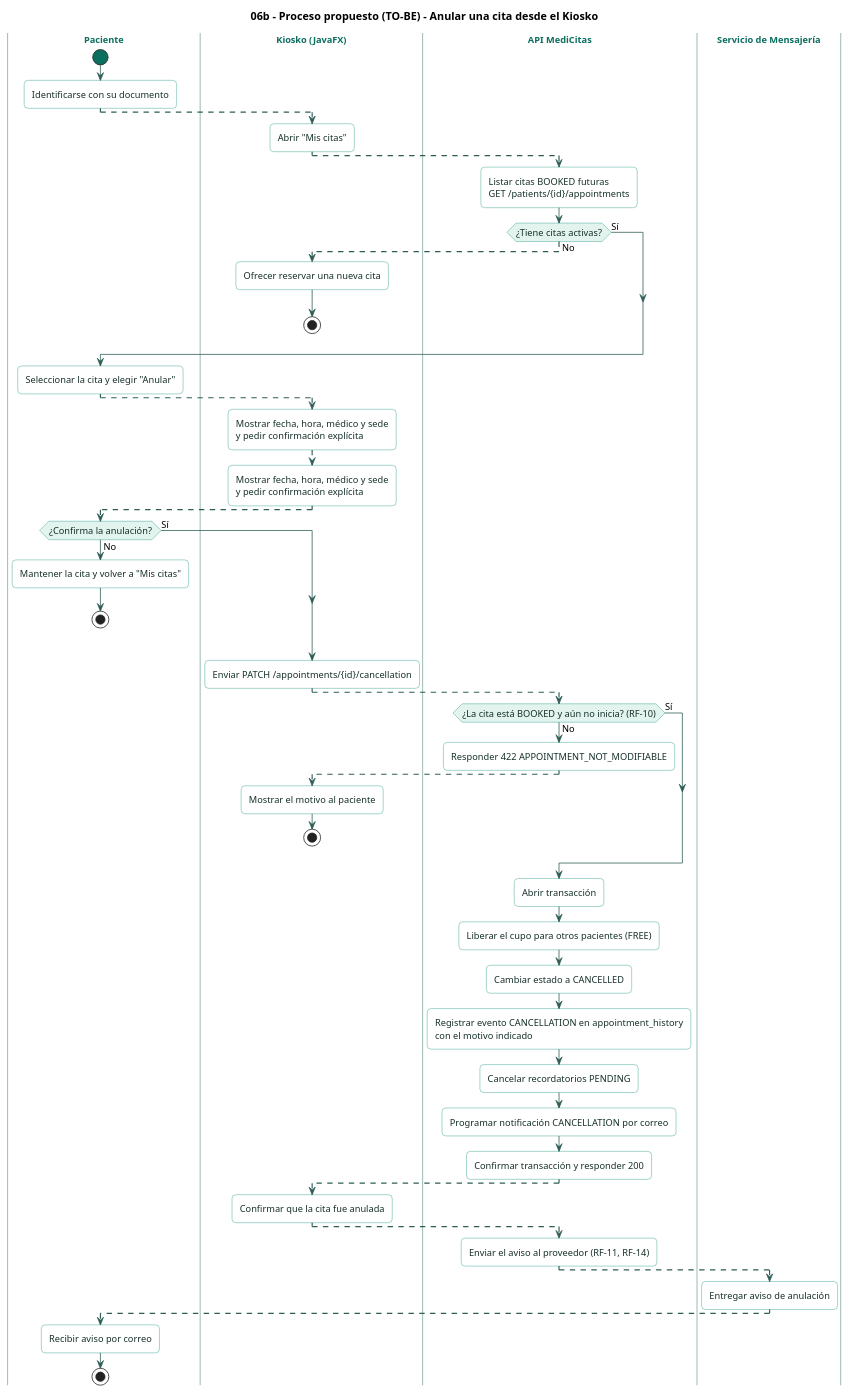
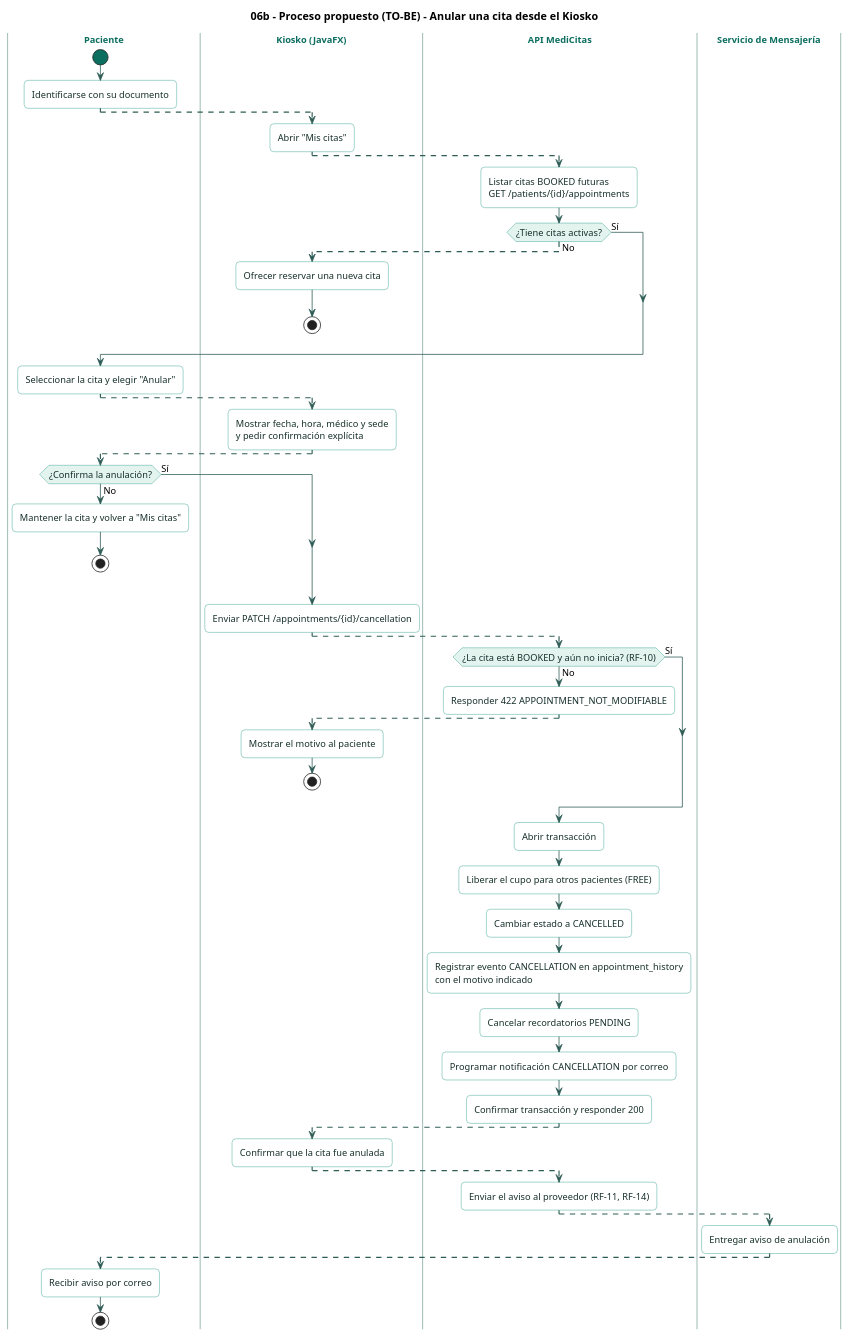
The diagram in docs/diagrams/06-process-cancellation.puml (Jimena-CC/ProyectoCitasMedicas), drawn with PlantUML before and after one commit. The commit also changed 269 other files, not shown here.

```diff
--- a/docs/diagrams/06-process-cancellation.puml
+++ b/docs/diagrams/06-process-cancellation.puml
@@ -1,122 +1,111 @@
 @startuml
 title 06b - Proceso propuesto (TO-BE) - Anular una cita desde el Kiosko
 
 skinparam shadowing false
 skinparam roundCorner 10
 skinparam defaultFontName "Helvetica"
 skinparam defaultFontSize 12
 skinparam ArrowColor #2F5D56
 skinparam SwimlaneBorderColor #A9C4BD
 skinparam SwimlaneTitleFontColor #0C6E5F
 skinparam SwimlaneTitleFontStyle bold
 skinparam activity {
   BackgroundColor #FFFFFF
   BorderColor #13917D
   FontColor #17302B
   DiamondBackgroundColor #E3F4EF
   DiamondBorderColor #13917D
   StartColor #0C6E5F
   EndColor #0C6E5F
 }
 skinparam note {
   BackgroundColor #FFF8E6
   BorderColor #D9B45A
   FontColor #3D3321
 }
 
 ' Orden de los carriles
 |Paciente|
 |Kiosko (JavaFX)|
 |API MediCitas|
 |Servicio de Mensajería|
 
 |Paciente|
 start
 :Identificarse con su documento;
 -[#2F5D56,dashed]->
--[#2F5D56,dashed]->
 
 |Kiosko (JavaFX)|
 :Abrir "Mis citas";
--[#2F5D56,dashed]->
 -[#2F5D56,dashed]->
 
 |API MediCitas|
 :Listar citas BOOKED futuras
 GET /patients/{id}/appointments;
 
 if (¿Tiene citas activas?) then (No)
   -[#2F5D56,dashed]->
-  -[#2F5D56,dashed]->
   |Kiosko (JavaFX)|
   :Ofrecer reservar una nueva cita;
   stop
 else (Sí)
 endif
 -[#2F5D56,dashed]->
--[#2F5D56,dashed]->
 
 |Paciente|
 :Seleccionar la cita y elegir "Anular";
 -[#2F5D56,dashed]->
--[#2F5D56,dashed]->
 
 |Kiosko (JavaFX)|
-:Mostrar fecha, hora, médico y sede\ny pedir confirmación explícita;
--[#2F5D56,dashed]->
 :Mostrar fecha, hora, médico y sede\ny pedir confirmación explícita;
 -[#2F5D56,dashed]->
 
 |Paciente|
 if (¿Confirma la anulación?) then (No)
   :Mantener la cita y volver a "Mis citas";
   stop
 else (Sí)
 endif
 -[#2F5D56,dashed]->
--[#2F5D56,dashed]->
 
 |Kiosko (JavaFX)|
 :Enviar PATCH /appointments/{id}/cancellation;
--[#2F5D56,dashed]->
 -[#2F5D56,dashed]->
 
 |API MediCitas|
 if (¿La cita está BOOKED y aún no inicia? (RF-10)) then (No)
   :Responder 422 APPOINTMENT_NOT_MODIFIABLE;
-  -[#2F5D56,dashed]->
   -[#2F5D56,dashed]->
   |Kiosko (JavaFX)|
   :Mostrar el motivo al paciente;
   stop
 else (Sí)
 endif
 
 |API MediCitas|
 :Abrir transacción;
 :Liberar el cupo para otros pacientes (FREE);
 :Cambiar estado a CANCELLED;
 :Registrar evento CANCELLATION en appointment_history\ncon el motivo indicado;
 :Cancelar recordatorios PENDING;
 :Programar notificación CANCELLATION por correo;
 :Confirmar transacción y responder 200;
 -[#2F5D56,dashed]->
 
 |Kiosko (JavaFX)|
 :Confirmar que la cita fue anulada;
 -[#2F5D56,dashed]->
 
 |API MediCitas|
 :Enviar el aviso al proveedor (RF-11, RF-14);
 -[#2F5D56,dashed]->
 
 |Servicio de Mensajería|
 :Entregar aviso de anulación;
 -[#2F5D56,dashed]->
--[#2F5D56,dashed]->
 
 |Paciente|
 :Recibir aviso por correo;
 stop
 
 @enduml
```
